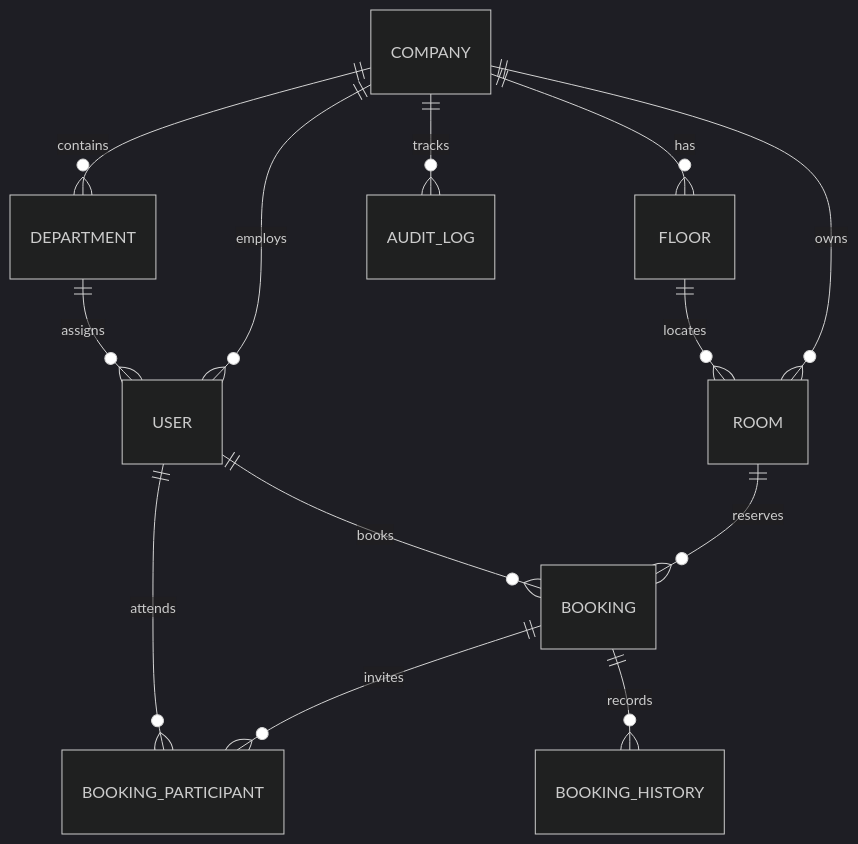
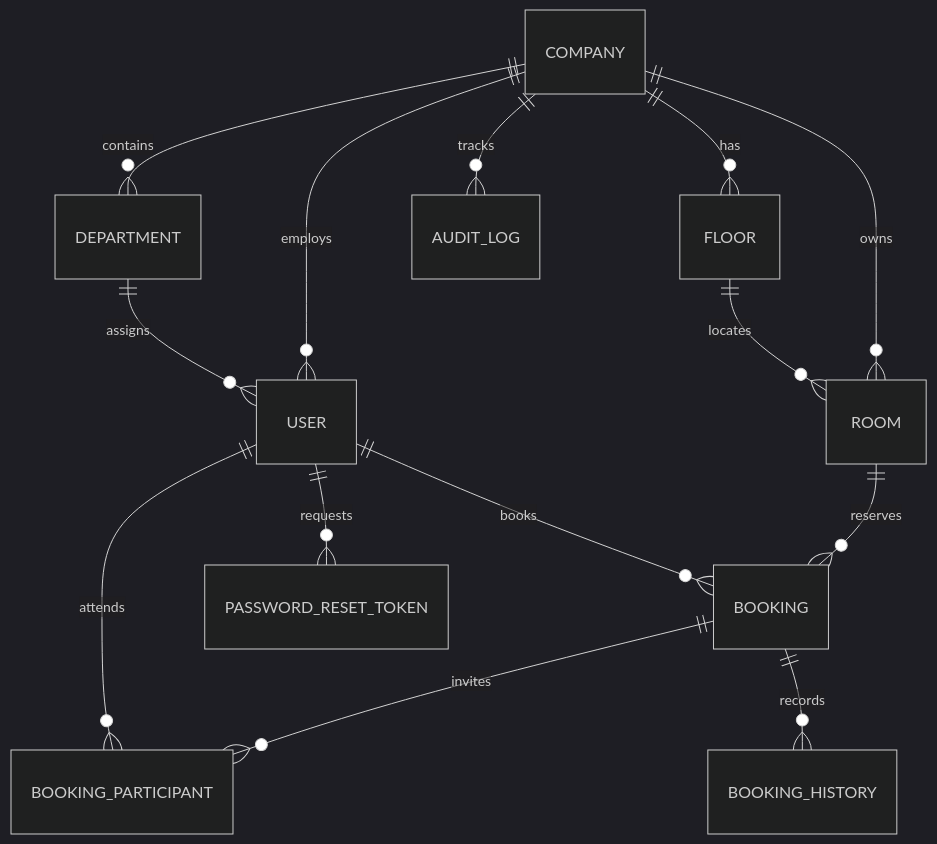
Before and after one commit to javatechgroup/room-book: the first of 3 diagrams in room-booking-project-requirements-architecture.md, drawn with Mermaid (dark theme). The commit also changed other lines of this file and 28 other files, not shown here.

````diff
--- a/room-booking-project-requirements-architecture.md
+++ b/room-booking-project-requirements-architecture.md
@@ -141,15 +142,16 @@
 ```mermaid
 erDiagram
     COMPANY ||--o{ FLOOR : has
     COMPANY ||--o{ DEPARTMENT : contains
     COMPANY ||--o{ ROOM : owns
     COMPANY ||--o{ USER : employs
     COMPANY ||--o{ AUDIT_LOG : tracks
     DEPARTMENT ||--o{ USER : assigns
     FLOOR ||--o{ ROOM : locates
     ROOM ||--o{ BOOKING : reserves
     USER ||--o{ BOOKING : books
     BOOKING ||--o{ BOOKING_PARTICIPANT : invites
     BOOKING ||--o{ BOOKING_HISTORY : records
     USER ||--o{ BOOKING_PARTICIPANT : attends
+    USER ||--o{ PASSWORD_RESET_TOKEN : requests
 ```
````
